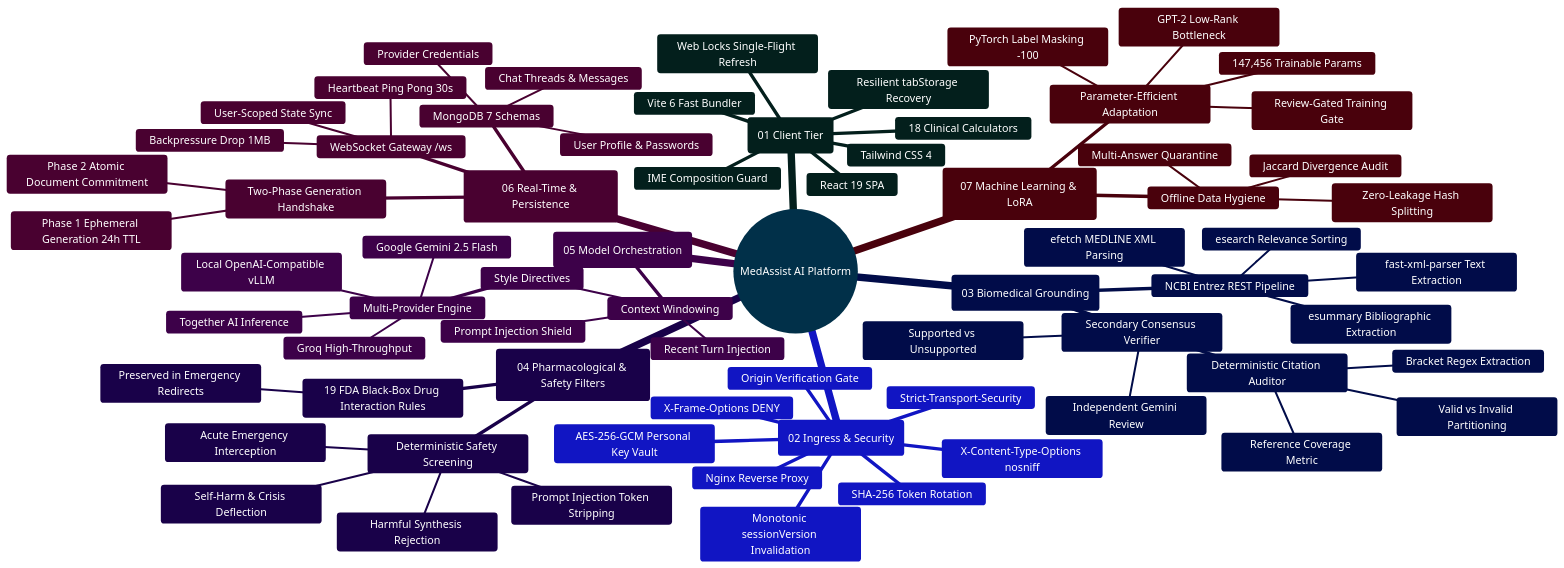
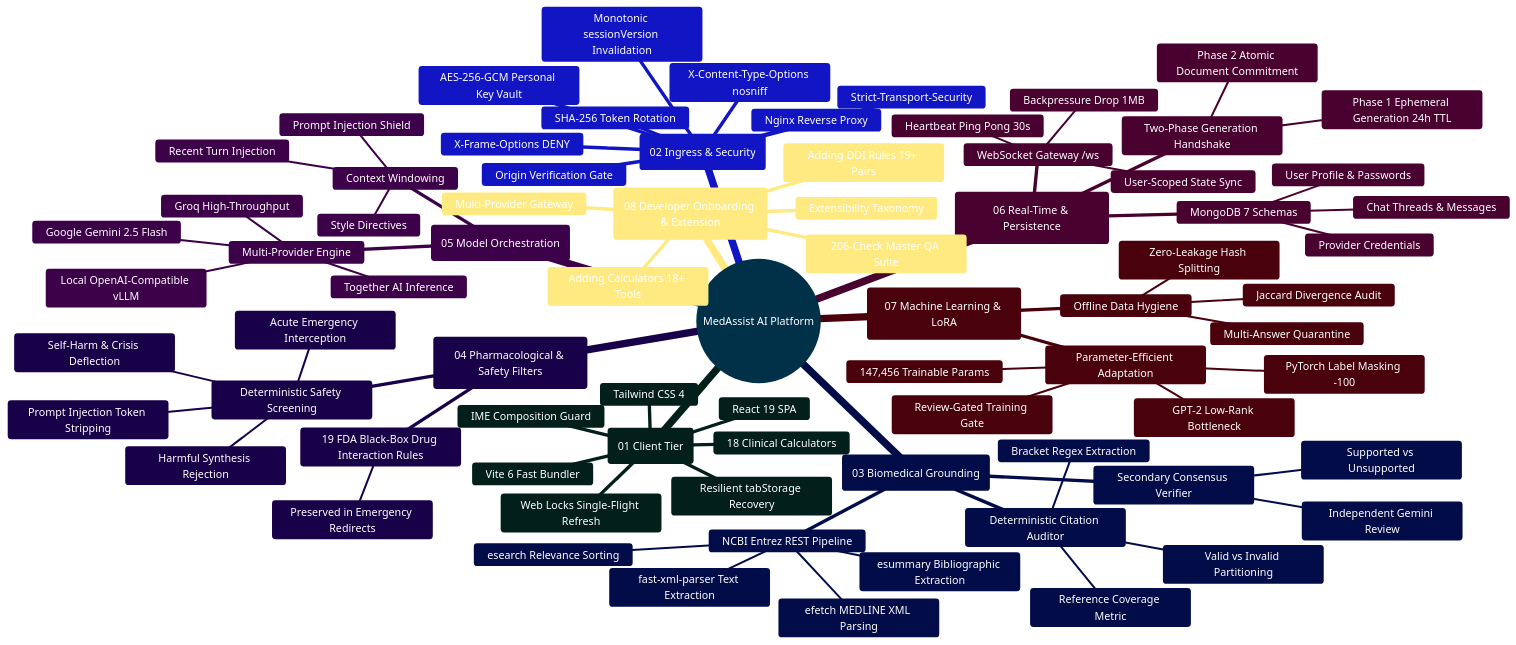
The first of 2 diagrams in docs/README.md (Ganesh172919/React-App-LLM), drawn with Mermaid before and after one commit. The commit also changed other lines of this file and 10 other files, not shown here.

Commit message:
docs: add comprehensive developer extension guide and synchronize master documentation suite

````diff
--- a/docs/README.md
+++ b/docs/README.md
@@ -93,76 +94,82 @@
 ```mermaid
 %%{init: {'theme': 'base', 'themeVariables': { 'primaryColor': '#0284c7', 'primaryTextColor': '#ffffff', 'primaryBorderColor': '#0369a1', 'lineColor': '#0284c7', 'secondaryColor': '#0d9488', 'tertiaryColor': '#6366f1' }}}%%
 mindmap
   root((MedAssist AI Platform))
     ::icon(fa fa-heartbeat)
     (01 Client Tier)
       React 19 SPA
       Vite 6 Fast Bundler
       Tailwind CSS 4
       Web Locks Single-Flight Refresh
       Resilient tabStorage Recovery
       IME Composition Guard
       18 Clinical Calculators
     (02 Ingress & Security)
       Nginx Reverse Proxy
       Origin Verification Gate
       Strict-Transport-Security
       X-Content-Type-Options nosniff
       X-Frame-Options DENY
       AES-256-GCM Personal Key Vault
       Monotonic sessionVersion Invalidation
       SHA-256 Token Rotation
     (03 Biomedical Grounding)
       NCBI Entrez REST Pipeline
         esearch Relevance Sorting
         esummary Bibliographic Extraction
         efetch MEDLINE XML Parsing
         fast-xml-parser Text Extraction
       Deterministic Citation Auditor
         Bracket Regex Extraction
         Valid vs Invalid Partitioning
         Reference Coverage Metric
       Secondary Consensus Verifier
         Independent Gemini Review
         Supported vs Unsupported
     (04 Pharmacological & Safety Filters)
       Deterministic Safety Screening
         Self-Harm & Crisis Deflection
         Acute Emergency Interception
         Harmful Synthesis Rejection
         Prompt Injection Token Stripping
       19 FDA Black-Box Drug Interaction Rules
         Preserved in Emergency Redirects
     (05 Model Orchestration)
       Multi-Provider Engine
         Google Gemini 2.5 Flash
         Groq High-Throughput
         Together AI Inference
         Local OpenAI-Compatible vLLM
       Context Windowing
         Recent Turn Injection
         Prompt Injection Shield
         Style Directives
     (06 Real-Time & Persistence)
       Two-Phase Generation Handshake
         Phase 1 Ephemeral Generation 24h TTL
         Phase 2 Atomic Document Commitment
       WebSocket Gateway /ws
         Heartbeat Ping Pong 30s
         Backpressure Drop 1MB
         User-Scoped State Sync
       MongoDB 7 Schemas
         User Profile & Passwords
         Chat Threads & Messages
         Provider Credentials
     (07 Machine Learning & LoRA)
       Offline Data Hygiene
         Jaccard Divergence Audit
         Multi-Answer Quarantine
         Zero-Leakage Hash Splitting
       Parameter-Efficient Adaptation
         GPT-2 Low-Rank Bottleneck
         147,456 Trainable Params
         PyTorch Label Masking -100
         Review-Gated Training Gate
+    (08 Developer Onboarding & Extension)
+      Extensibility Taxonomy
+      Adding DDI Rules 19+ Pairs
+      Adding Calculators 18+ Tools
+      Multi-Provider Gateway
+      206-Check Master QA Suite
 ```
````
